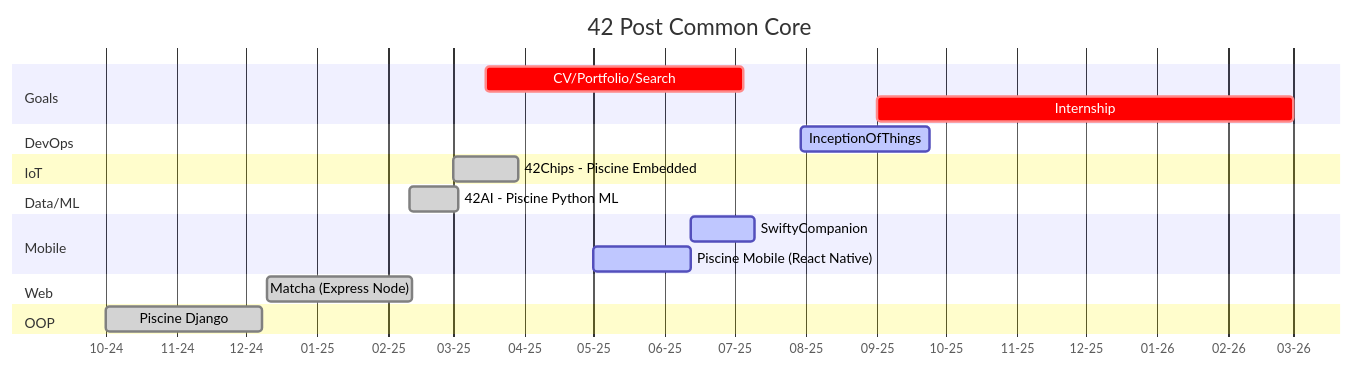
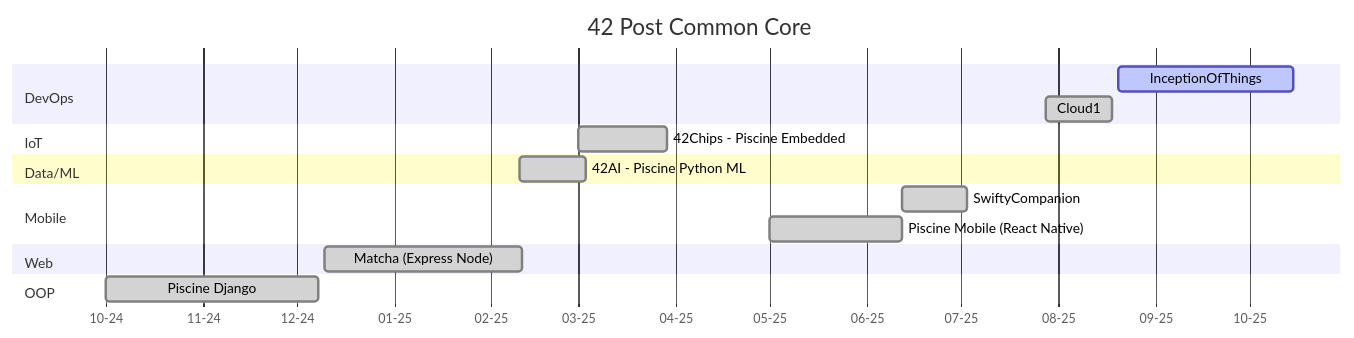
Before and after one commit to Tablerase/42_Projects: the first of 3 diagrams in README.md, drawn with Mermaid.

Commit message:
doc: update README remove old elements

````diff
--- a/README.md
+++ b/README.md
@@ -121,30 +121,29 @@
 ```mermaid
 gantt
     title 42 Post Common Core
     dateFormat  YYYY-MM-DD
     axisFormat %m-%y
     todayMarker on
 
     section Goals
-    CV/Portfolio/Search : crit, 2025-03-15, 16w
-    Internship : crit, 2025-09-01, 2026-03-01
 
     section DevOps
-    InceptionOfThings : active, 2025-07-30, 8w
+    InceptionOfThings : active, 2025-08-20, 8w
+    Cloud1 : done, 2025-07-28, 3w
 
     Section IoT
     42Chips - Piscine Embedded : done, 2025-03-01, 4w
 
     Section Data/ML
     42AI - Piscine Python ML : done, 2025-02-10, 3w
 
     section Mobile
-    SwiftyCompanion : active, 2025-06-12, 4w
-    Piscine Mobile (React Native) : active, 2025-05, 6w
+    SwiftyCompanion : done, 2025-06-12, 3w
+    Piscine Mobile (React Native) : done, 2025-05, 6w
 
     section Web
     Matcha (Express Node) : done, 2024-12-10, 9w
 
     section OOP
     Piscine Django : done, 2024-10-01, 2024-12-08
 ```
````
